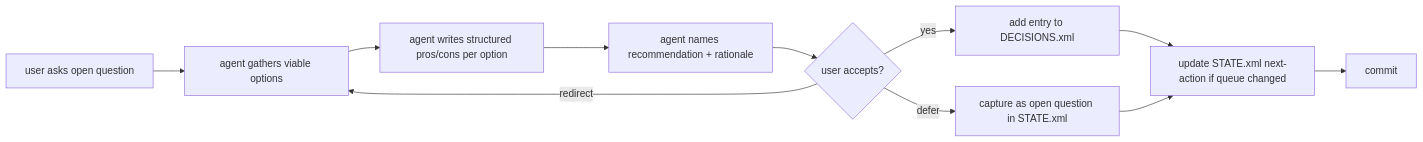
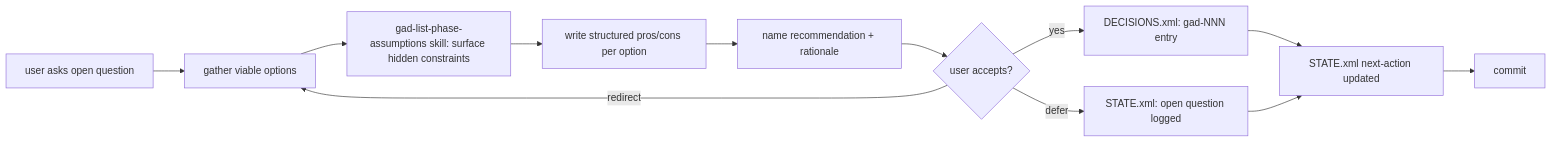
The diagram in .planning/workflows/gad-decide.md (MagicbornStudios/get-anything-done), drawn with Mermaid before and after one commit. The commit also changed other lines of this file and 13 other files, not shown here.

````diff
--- a/.planning/workflows/gad-decide.md
+++ b/.planning/workflows/gad-decide.md
@@ -28,13 +28,14 @@
 ```mermaid
 flowchart LR
-  A[user asks open question] --> B[agent gathers viable options]
-  B --> C[agent writes structured pros/cons per option]
-  C --> D[agent names recommendation + rationale]
-  D --> E{user accepts?}
-  E -->|yes| F[add entry to DECISIONS.xml]
-  E -->|redirect| B
-  E -->|defer| G[capture as open question in STATE.xml]
-  F --> H[update STATE.xml next-action if queue changed]
-  G --> H
-  H --> I[commit]
+  A[user asks open question] --> B[gather viable options]
+  B --> C[gad-list-phase-assumptions skill: surface hidden constraints]
+  C --> D[write structured pros/cons per option]
+  D --> E[name recommendation + rationale]
+  E --> F{user accepts?}
+  F -->|yes| G[DECISIONS.xml: gad-NNN entry]
+  F -->|redirect| B
+  F -->|defer| H[STATE.xml: open question logged]
+  G --> I[STATE.xml next-action updated]
+  H --> I
+  I --> J[commit]
 ```
````
